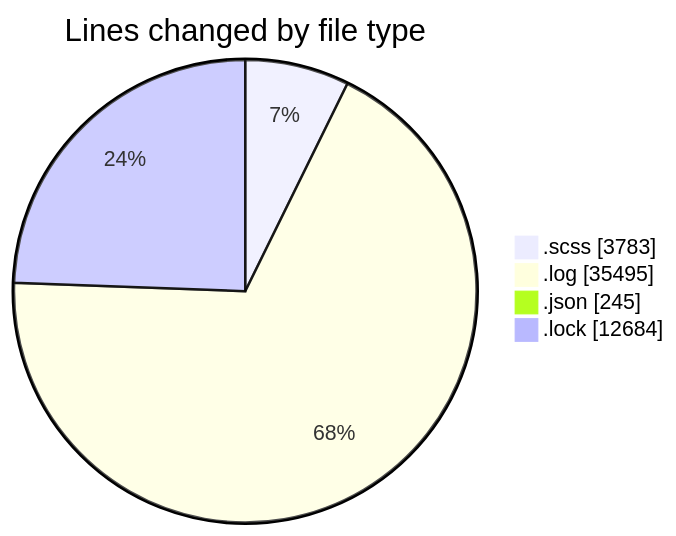
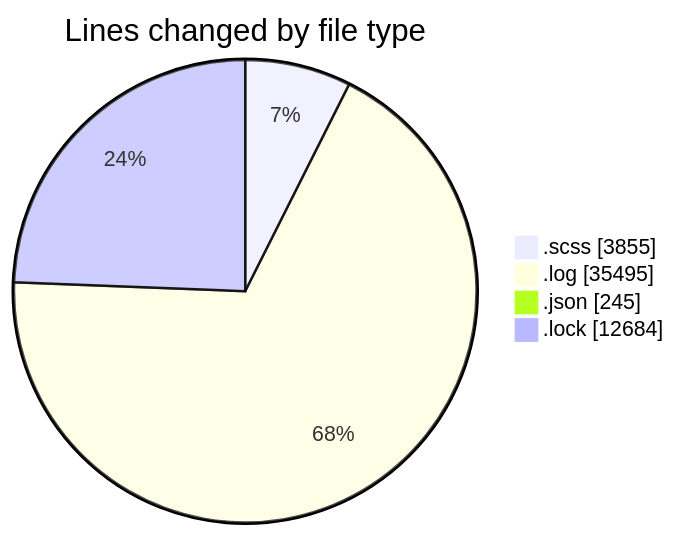
One commit to momahboobian/code-tracking changed the first of 2 diagrams in 2026-01-21/cda/README.md. Above: the diagram before and after it, drawn with Mermaid. The commit also changed other lines of this file and 1 other file, not shown here.

````diff
--- a/2026-01-21/cda/README.md
+++ b/2026-01-21/cda/README.md
@@ -41,8 +41,8 @@
 ```mermaid
 pie showData
 title Lines changed by file type
-".scss" : 3783
+".scss" : 3855
 ".log" : 35495
 ".json" : 245
 ".lock" : 12684
 ```
````
